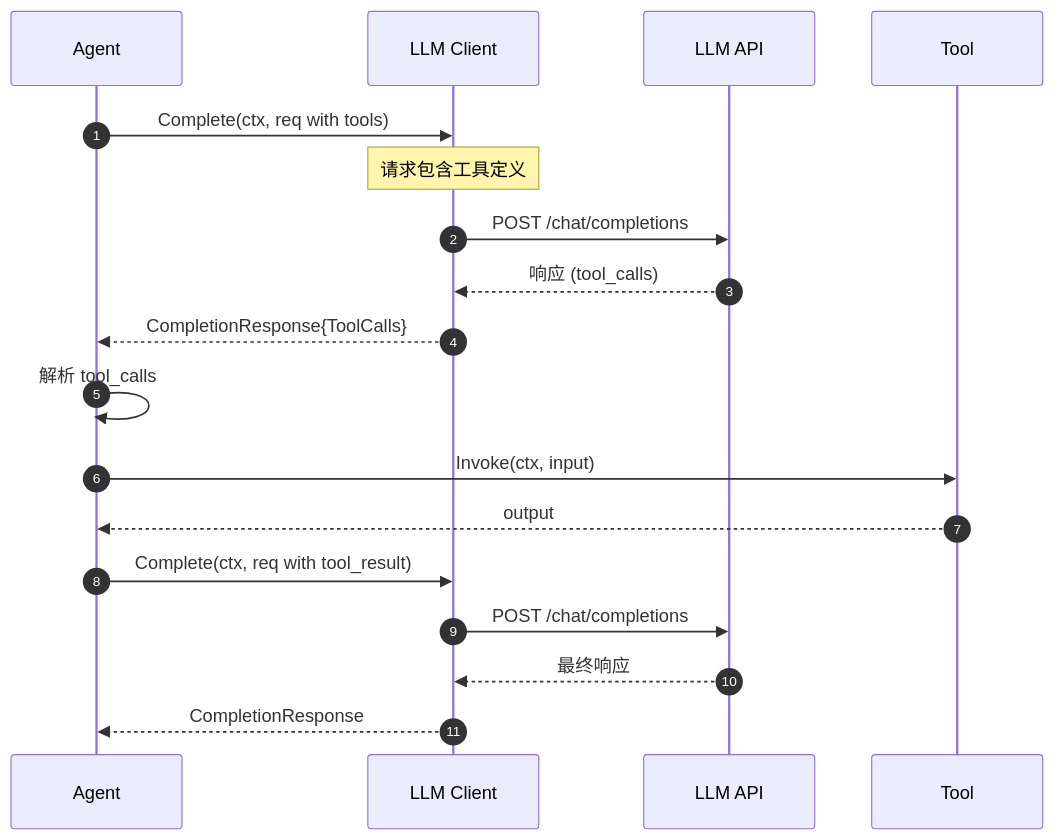
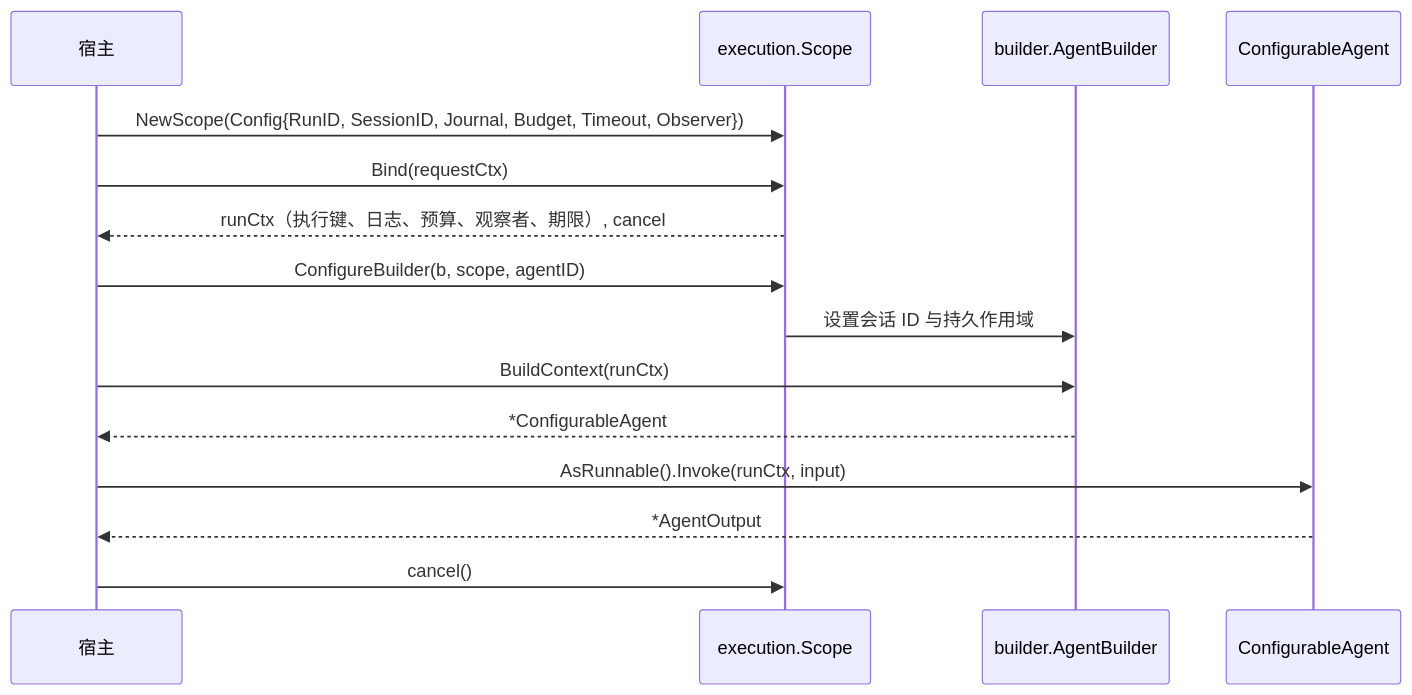
Before and after one commit to kart-io/goagent: the fifth of 5 diagrams in docs/design/SEQUENCE_DIAGRAMS.md, drawn with Mermaid. The commit also changed other lines of this file and 87 other files, not shown here.

````diff
--- a/docs/design/SEQUENCE_DIAGRAMS.md
+++ b/docs/design/SEQUENCE_DIAGRAMS.md
@@ -419,26 +134,18 @@
 ```mermaid
 sequenceDiagram
-    autonumber
-    participant Agent as Agent
-    participant Client as LLM Client
-    participant API as LLM API
-    participant Tool as Tool
+    participant Host as 宿主
+    participant S as execution.Scope
+    participant B as builder.AgentBuilder
+    participant A as ConfigurableAgent
 
-    Agent->>Client: Complete(ctx, req with tools)
-    Note over Client: 请求包含工具定义
-
-    Client->>API: POST /chat/completions
-    API-->>Client: 响应 (tool_calls)
-
-    Client-->>Agent: CompletionResponse{ToolCalls}
-
-    Agent->>Agent: 解析 tool_calls
-    Agent->>Tool: Invoke(ctx, input)
-    Tool-->>Agent: output
-
-    Agent->>Client: Complete(ctx, req with tool_result)
-    Client->>API: POST /chat/completions
-    API-->>Client: 最终响应
-
-    Client-->>Agent: CompletionResponse
+    Host->>S: NewScope(Config{RunID, SessionID, Journal, Budget, Timeout, Observer})
+    Host->>S: Bind(requestCtx)
+    S-->>Host: runCtx（执行键、日志、预算、观察者、期限）, cancel
+    Host->>S: ConfigureBuilder(b, scope, agentID)
+    S->>B: 设置会话 ID 与持久作用域
+    Host->>B: BuildContext(runCtx)
+    B-->>Host: *ConfigurableAgent
+    Host->>A: AsRunnable().Invoke(runCtx, input)
+    A-->>Host: *AgentOutput
+    Host->>S: cancel()
 ```
````
